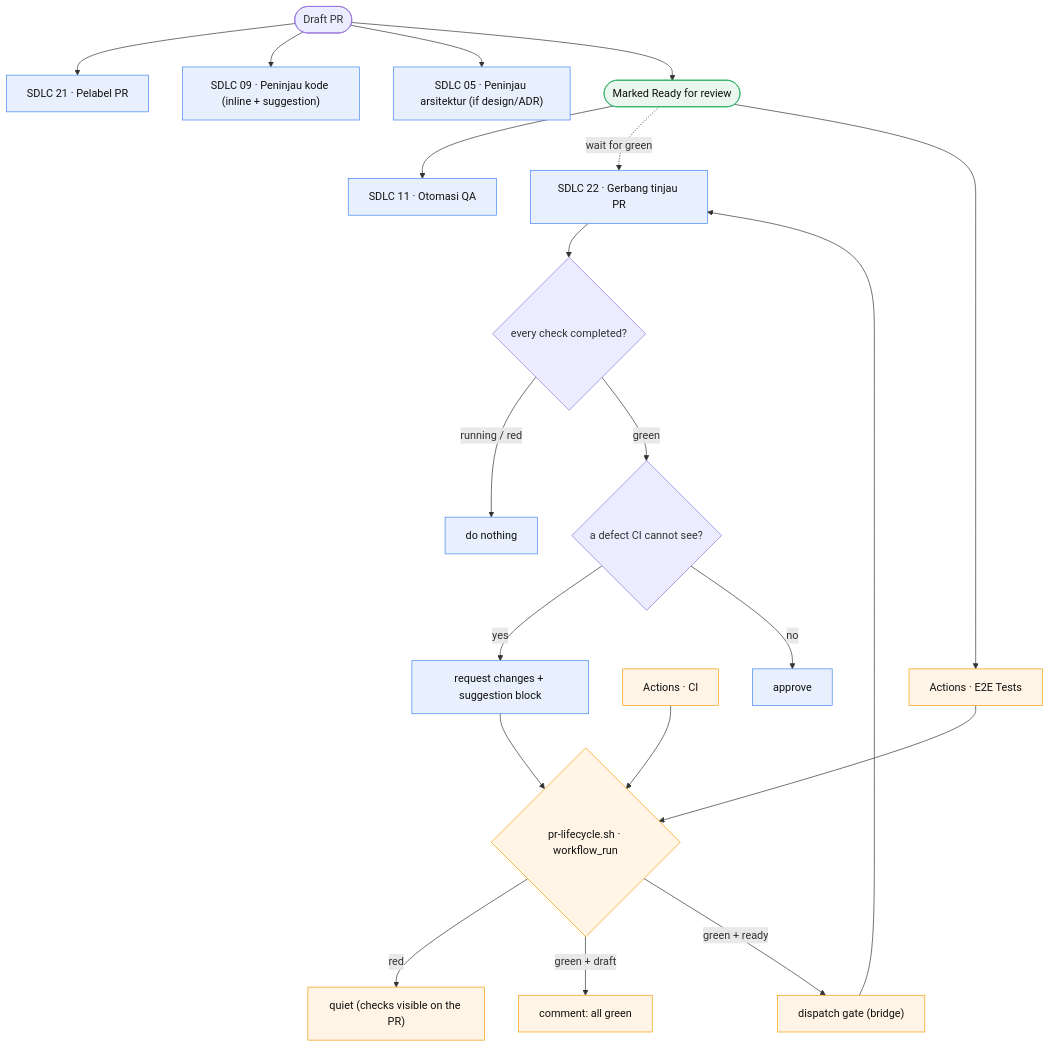
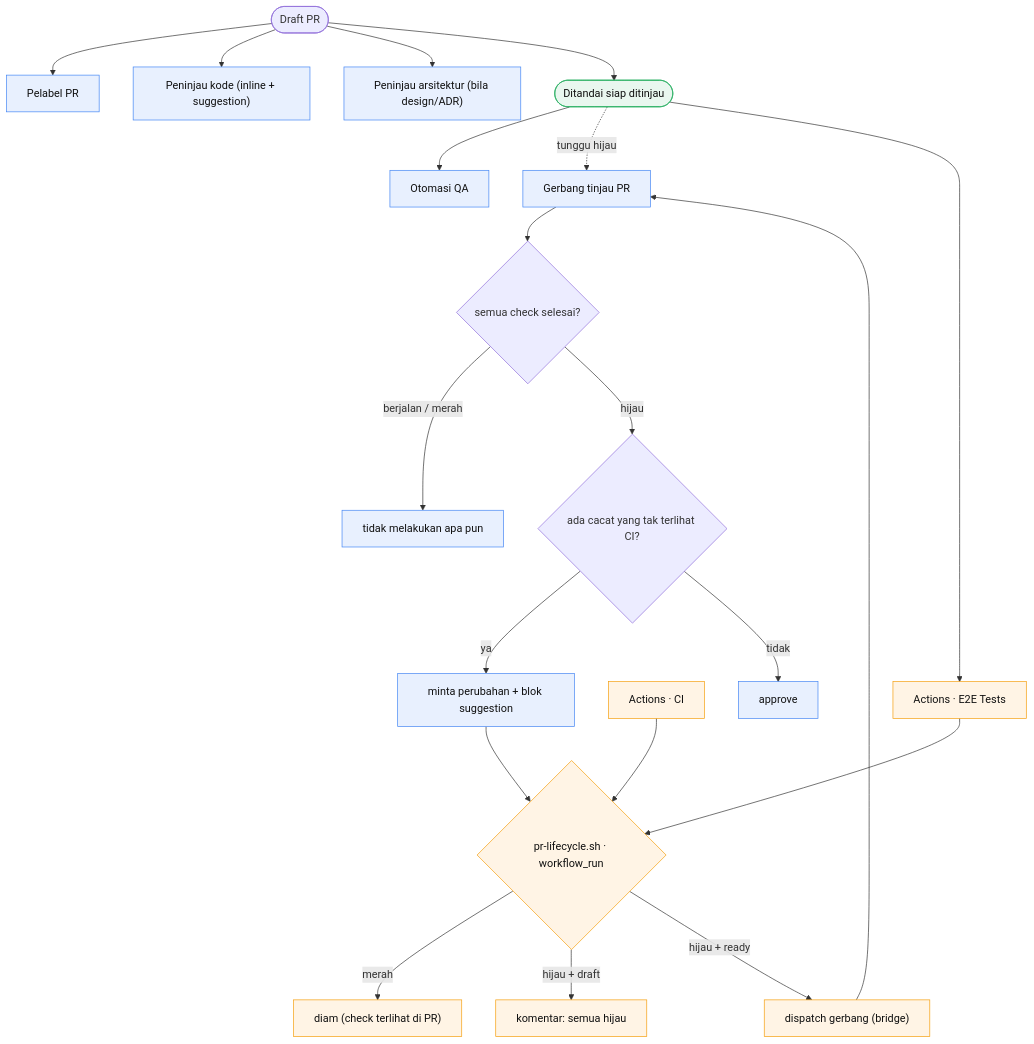
Before and after one commit to ypcipansor/cipansor: the fourth of 6 diagrams in docs/SDLC-FLOW.md, drawn with Mermaid. The commit also changed other lines of this file and 21 other files, not shown here.

First line of the commit message:
refactor(sdlc): nomor ulang armada, peran jelas, gate deskripsi PR keras (#711)

````diff
--- a/docs/SDLC-FLOW.md
+++ b/docs/SDLC-FLOW.md
@@ -108,28 +370,28 @@
 ```mermaid
 flowchart TD
   classDef cloud fill:#e8f0fe,stroke:#4285f4,color:#111;
   classDef gh fill:#fff4e5,stroke:#f59e0b,color:#111;
   classDef human fill:#e9f7ef,stroke:#27ae60,color:#111;
 
-  DPR([Draft PR]) --> C21["SDLC 21 · Pelabel PR"]:::cloud
-  DPR --> C9["SDLC 09 · Peninjau kode (inline + suggestion)"]:::cloud
-  DPR --> C5["SDLC 05 · Peninjau arsitektur (if design/ADR)"]:::cloud
-  DPR --> RDY(["Marked Ready for review"]):::human
+  DPR([Draft PR]) --> C17["Pelabel PR"]:::cloud
+  DPR --> C8["Peninjau kode (inline + suggestion)"]:::cloud
+  DPR --> C4["Peninjau arsitektur (bila design/ADR)"]:::cloud
+  DPR --> RDY(["Ditandai siap ditinjau"]):::human
 
-  RDY --> C11["SDLC 11 · Otomasi QA"]:::cloud
-  RDY -. "wait for green" .-> C22["SDLC 22 · Gerbang tinjau PR"]:::cloud
+  RDY --> C10["Otomasi QA"]:::cloud
+  RDY -. "tunggu hijau" .-> C18["Gerbang tinjau PR"]:::cloud
   RDY --> E2E["Actions · E2E Tests"]:::gh
   CI["Actions · CI"]:::gh --> LC
 
   E2E --> LC{"pr-lifecycle.sh · workflow_run"}:::gh
-  LC -- red --> RQ["quiet (checks visible on the PR)"]:::gh
-  LC -- "green + draft" --> GC["comment: all green"]:::gh
-  LC -- "green + ready" --> DISP["dispatch gate (bridge)"]:::gh --> C22
+  LC -- merah --> RQ["diam (check terlihat di PR)"]:::gh
+  LC -- "hijau + draft" --> GC["komentar: semua hijau"]:::gh
+  LC -- "hijau + ready" --> DISP["dispatch gerbang (bridge)"]:::gh --> C18
 
-  C22 --> DEC{"every check completed?"}
-  DEC -- "running / red" --> STOP["do nothing"]:::cloud
-  DEC -- green --> REV{"a defect CI cannot see?"}
-  REV -- yes --> RC["request changes + suggestion block"]:::cloud
-  REV -- no --> APP["approve"]:::cloud
+  C18 --> DEC{"semua check selesai?"}
+  DEC -- "berjalan / merah" --> STOP["tidak melakukan apa pun"]:::cloud
+  DEC -- hijau --> REV{"ada cacat yang tak terlihat CI?"}
+  REV -- ya --> RC["minta perubahan + blok suggestion"]:::cloud
+  REV -- tidak --> APP["approve"]:::cloud
   RC --> LC
 ```
````
